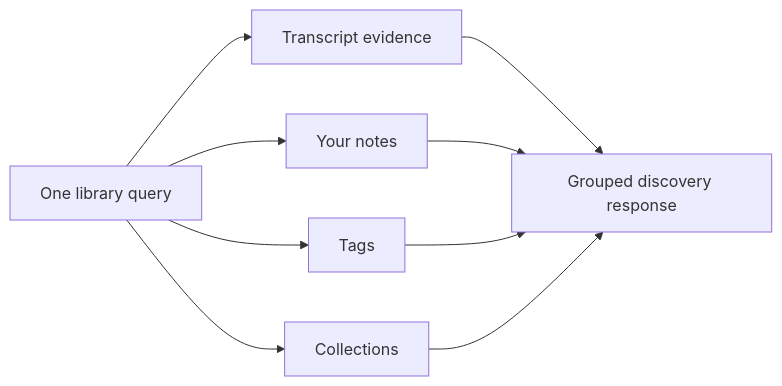
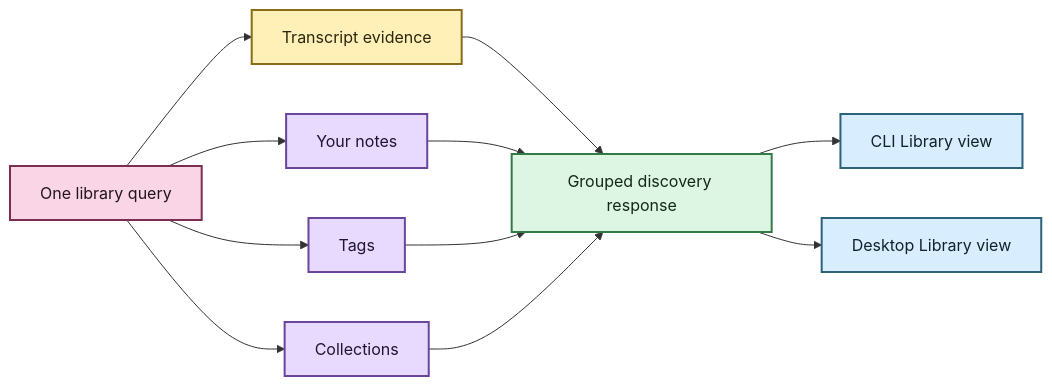
One commit to SSD1805/EchoFlow changed the diagram in docs/library-discovery.md. Above: the diagram before and after it, drawn with Mermaid. The commit also changed other lines of this file and 29 other files, not shown here.

Commit message:
docs: restore Mermaid styling and refresh current product truth

````diff
--- a/docs/library-discovery.md
+++ b/docs/library-discovery.md
@@ -28,11 +30,25 @@
 ```mermaid
-graph LR;
+flowchart LR
     Q[One library query] --> T[Transcript evidence]
     Q --> N[Your notes]
     Q --> G[Tags]
     Q --> C[Collections]
     T --> R[Grouped discovery response]
     N --> R
     G --> R
     C --> R
+    R --> U[CLI Library view]
+    R --> V[Desktop Library view]
+
+    classDef source fill:#F9D5E5,stroke:#7B2E52,stroke-width:2px,color:#22151B
+    classDef process fill:#E8D9FF,stroke:#68469B,stroke-width:2px,color:#1F1630
+    classDef evidence fill:#FFF0B8,stroke:#8A6B18,stroke-width:2px,color:#2C260F
+    classDef view fill:#DDF5E3,stroke:#347A46,stroke-width:2px,color:#142719
+    classDef inspect fill:#D8EEFF,stroke:#2E617B,stroke-width:2px,color:#12222A
+
+    class Q source
+    class T evidence
+    class N,G,C process
+    class R view
+    class U,V inspect
 ```
````
